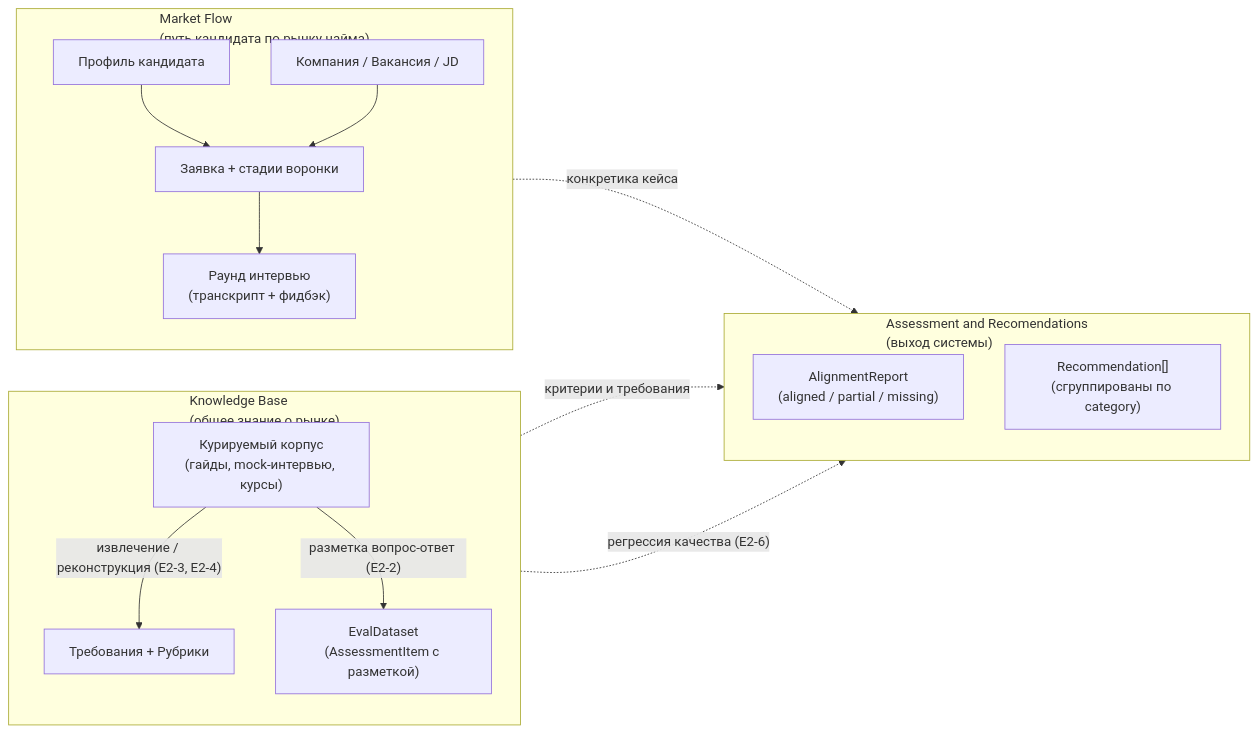
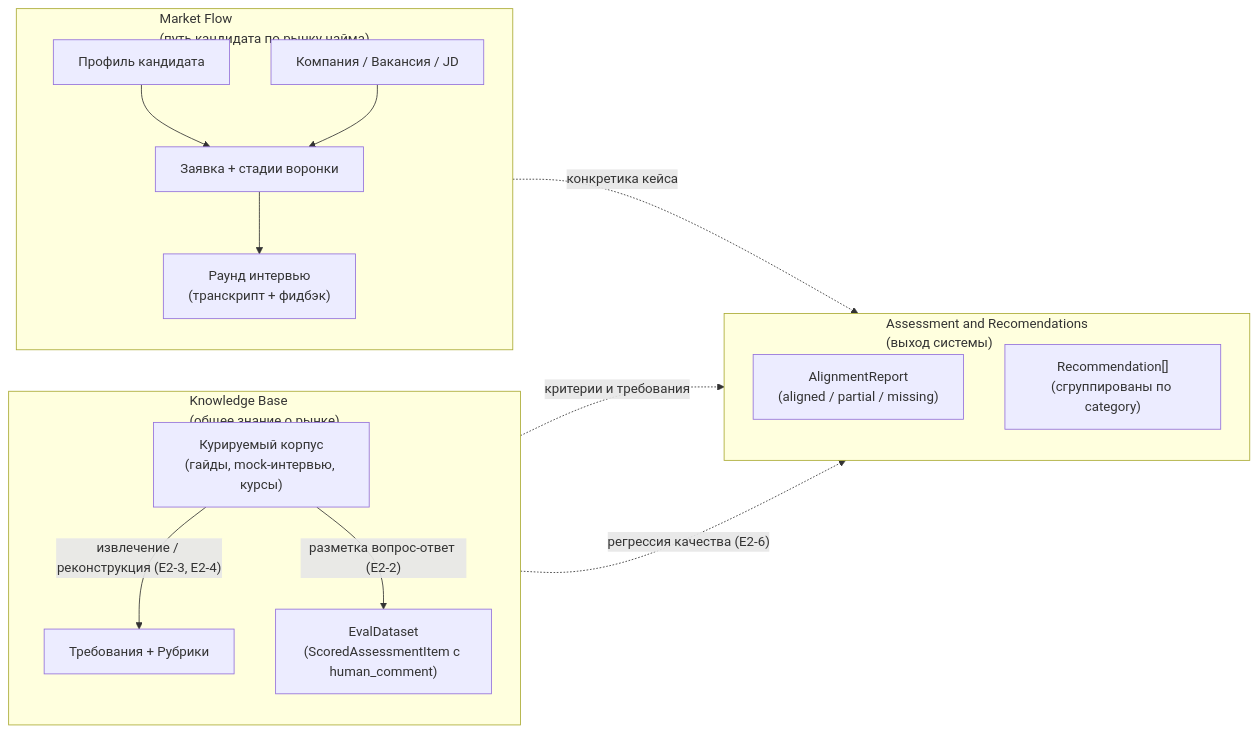
One commit to margomrkv/interview-debrief-assistant changed the first of 5 diagrams in md/spec.md. Above: the diagram before and after it, drawn with Mermaid. The commit also changed other lines of this file and 1 other file, not shown here.

````diff
--- a/md/spec.md
+++ b/md/spec.md
@@ -49,32 +49,32 @@
 ```mermaid
 flowchart LR
     subgraph MF["Market Flow<br/>(путь кандидата по рынку найма)"]
         direction TB
         MF1["Профиль кандидата"]
         MF2["Компания / Вакансия / JD"]
         MF3["Заявка + стадии воронки"]
         MF4["Раунд интервью<br/>(транскрипт + фидбэк)"]
         MF1 --> MF3
         MF2 --> MF3
         MF3 --> MF4
     end
 
     subgraph KB["Knowledge Base<br/>(общее знание о рынке)"]
         direction TB
         KB1["Курируемый корпус<br/>(гайды, mock-интервью, курсы)"]
         KB2["Требования + Рубрики"]
-        KB3["EvalDataset<br/>(AssessmentItem с разметкой)"]
+        KB3["EvalDataset<br/>(ScoredAssessmentItem с human_comment)"]
         KB1 -- "извлечение / реконструкция (E2-3, E2-4)" --> KB2
         KB1 -- "разметка вопрос-ответ (E2-2)" --> KB3
     end
 
     subgraph AR["Assessment and Recomendations<br/>(выход системы)"]
         direction TB
         AR1["AlignmentReport<br/>(aligned / partial / missing)"]
         AR2["Recommendation[]<br/>(сгруппированы по category)"]
     end
 
     MF -. "конкретика кейса" .-> AR
     KB -. "критерии и требования" .-> AR
     KB3 -. "регрессия качества (E2-6)" .-> AR
 ```
````
